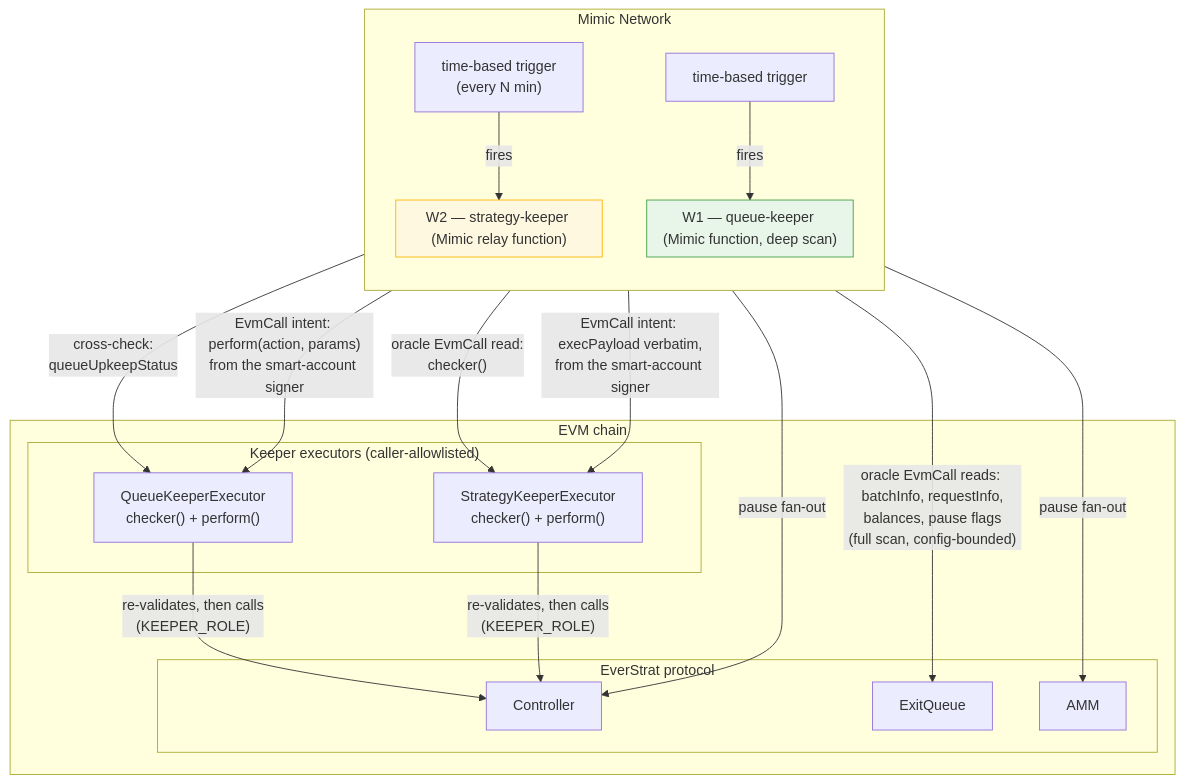
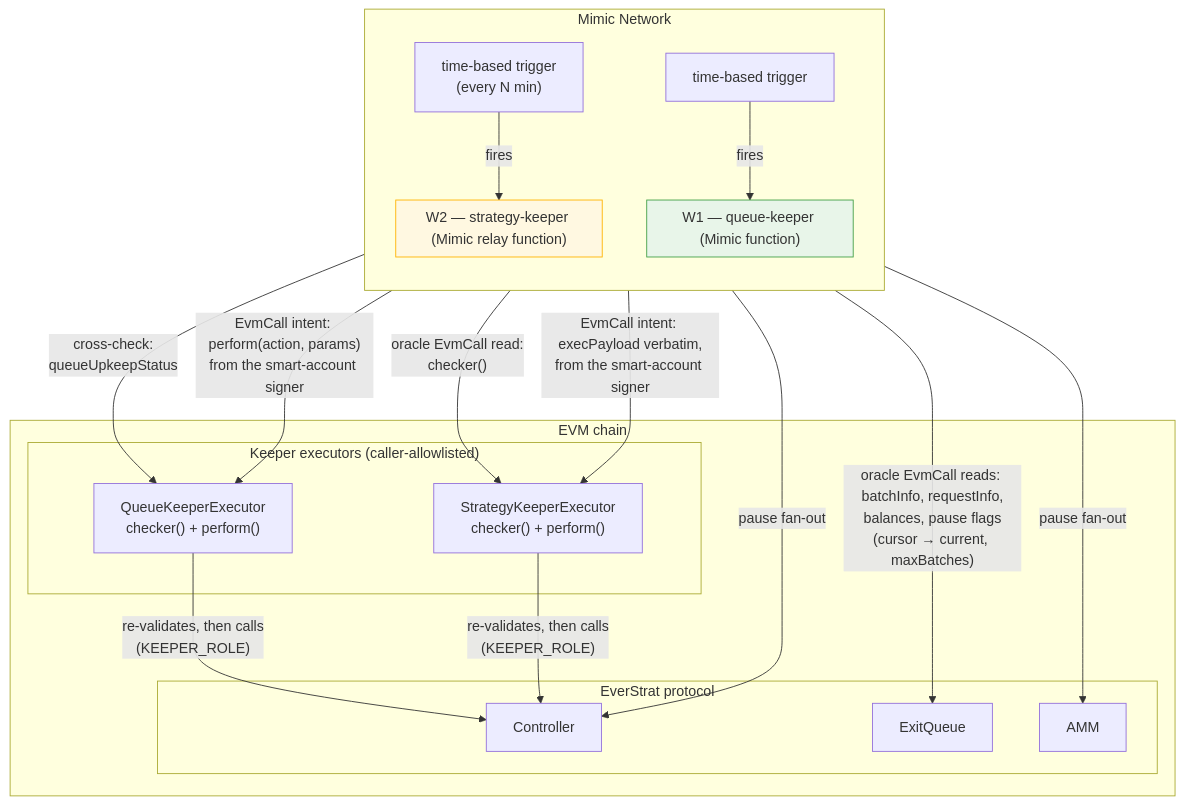
One commit to everstrat-xyz/keepers changed the first of 2 diagrams in blueprints/01-system-overview.md. Above: the diagram before and after it, drawn with Mermaid. The commit also changed other lines of this file and 20 other files, not shown here.

````diff
--- a/blueprints/01-system-overview.md
+++ b/blueprints/01-system-overview.md
@@ -13,44 +13,44 @@
 ```mermaid
 flowchart TB
     subgraph MIMIC["Mimic Network"]
         direction TB
         T1["time-based trigger"]
         T2["time-based trigger<br/>(every N min)"]
 
-        subgraph W1["W1 — queue-keeper (Mimic function, deep scan)"]
+        subgraph W1["W1 — queue-keeper (Mimic function)"]
         end
 
         subgraph W2["W2 — strategy-keeper (Mimic relay function)"]
         end
     end
 
     subgraph CHAIN["EVM chain"]
         subgraph PROTOCOL["EverStrat protocol"]
             CTRL["Controller"]
             EQ["ExitQueue"]
             AMM["AMM"]
         end
 
         subgraph EXEC["Keeper executors (caller-allowlisted)"]
             QX["QueueKeeperExecutor<br/>checker() + perform()"]
             SX["StrategyKeeperExecutor<br/>checker() + perform()"]
         end
     end
 
     T1 -- fires --> W1
     T2 -- fires --> W2
 
-    W1 -- "oracle EvmCall reads: batchInfo, requestInfo,<br/>balances, pause flags<br/>(full scan, config-bounded)" --> EQ
+    W1 -- "oracle EvmCall reads: batchInfo, requestInfo,<br/>balances, pause flags<br/>(cursor → current, maxBatches)" --> EQ
     W1 -- "pause fan-out" --> CTRL & AMM
     W1 -- "cross-check:<br/>queueUpkeepStatus" --> QX
     W2 -- "oracle EvmCall read:<br/>checker()" --> SX
 
     W1 -- "EvmCall intent: perform(action, params)<br/>from the smart-account signer" --> QX
     W2 -- "EvmCall intent: execPayload verbatim,<br/>from the smart-account signer" --> SX
 
     QX -- "re-validates, then calls<br/>(KEEPER_ROLE)" --> CTRL
     SX -- "re-validates, then calls<br/>(KEEPER_ROLE)" --> CTRL
 
     style W1 fill:#e8f5e9,stroke:#43a047
     style W2 fill:#fff8e1,stroke:#ffb300
 ```
````
